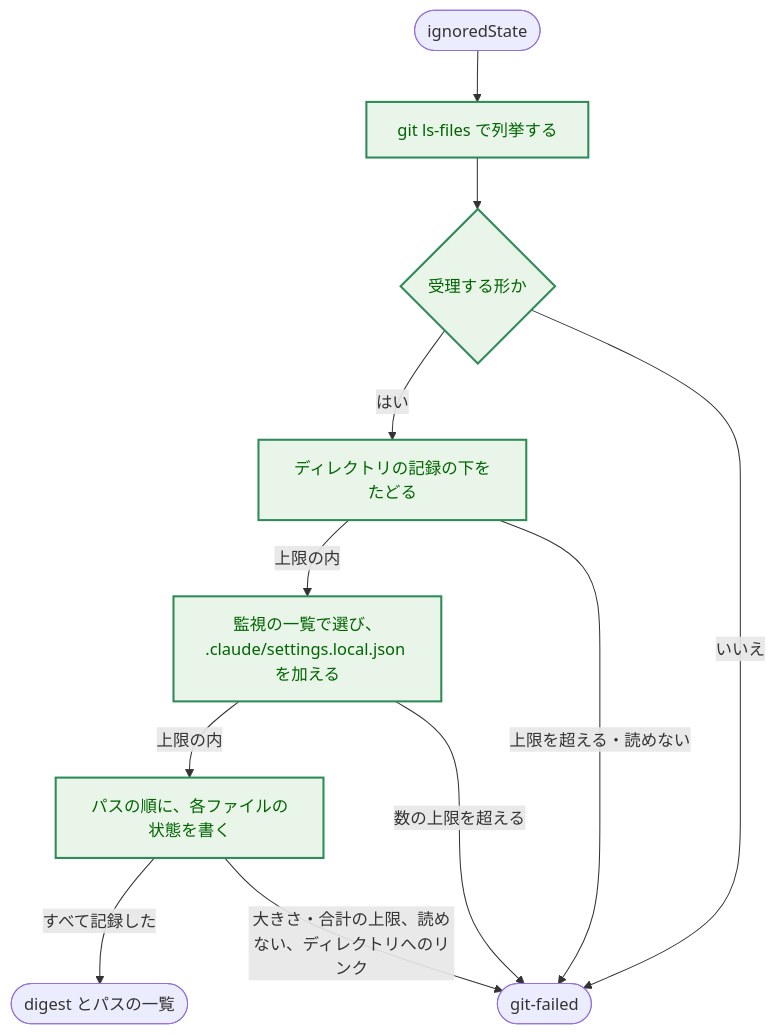
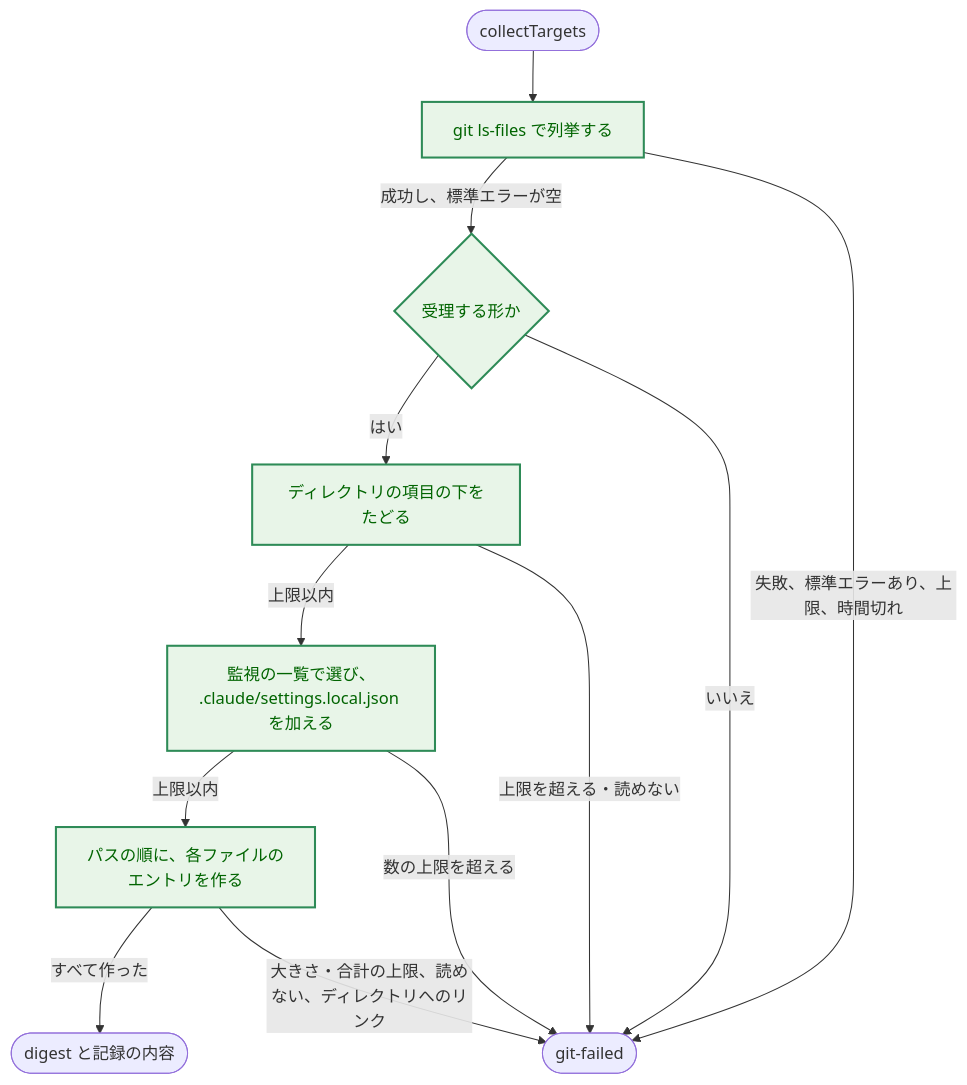
Before and after one commit to isseis/yt2column: the tenth of 11 diagrams in docs/tasks/0034_fixprguard_ignored_files/02_architecture.md, drawn with Mermaid. The commit also changed other lines of this file and 1 other file, not shown here.

First line of the commit message:
docs(0034): address architecture review findings and polish prose

````diff
--- a/docs/tasks/0034_fixprguard_ignored_files/02_architecture.md
+++ b/docs/tasks/0034_fixprguard_ignored_files/02_architecture.md
@@ -540,25 +656,27 @@
 ```mermaid
 flowchart TD
     classDef enhanced fill:#e8f5e8,stroke:#2e8b57,stroke-width:2px,color:#006400;
 
-    A(["ignoredState"])
+    A(["collectTargets"])
     B["git ls-files で列挙する"]
     C{"受理する形か"}
-    D["ディレクトリの記録の下をたどる"]
+    D["ディレクトリの項目の下をたどる"]
     E["監視の一覧で選び、<br>.claude/settings.local.json を加える"]
-    F["パスの順に、各ファイルの状態を書く"]
-    G(["digest とパスの一覧"])
+    F["パスの順に、各ファイルの<br>エントリを作る"]
+    G(["digest と記録の内容"])
     X(["git-failed"])
 
-    A --> B --> C
+    A --> B
+    B -->|"成功し、標準エラーが空"| C
+    B -->|"失敗、標準エラーあり、上限、時間切れ"| X
     C -->|"はい"| D
     C -->|"いいえ"| X
-    D -->|"上限の内"| E
+    D -->|"上限以内"| E
     D -->|"上限を超える・読めない"| X
-    E -->|"上限の内"| F
+    E -->|"上限以内"| F
     E -->|"数の上限を超える"| X
-    F -->|"すべて記録した"| G
+    F -->|"すべて作った"| G
     F -->|"大きさ・合計の上限、読めない、ディレクトリへのリンク"| X
 
     class B,C,D,E,F enhanced
 ```
````
